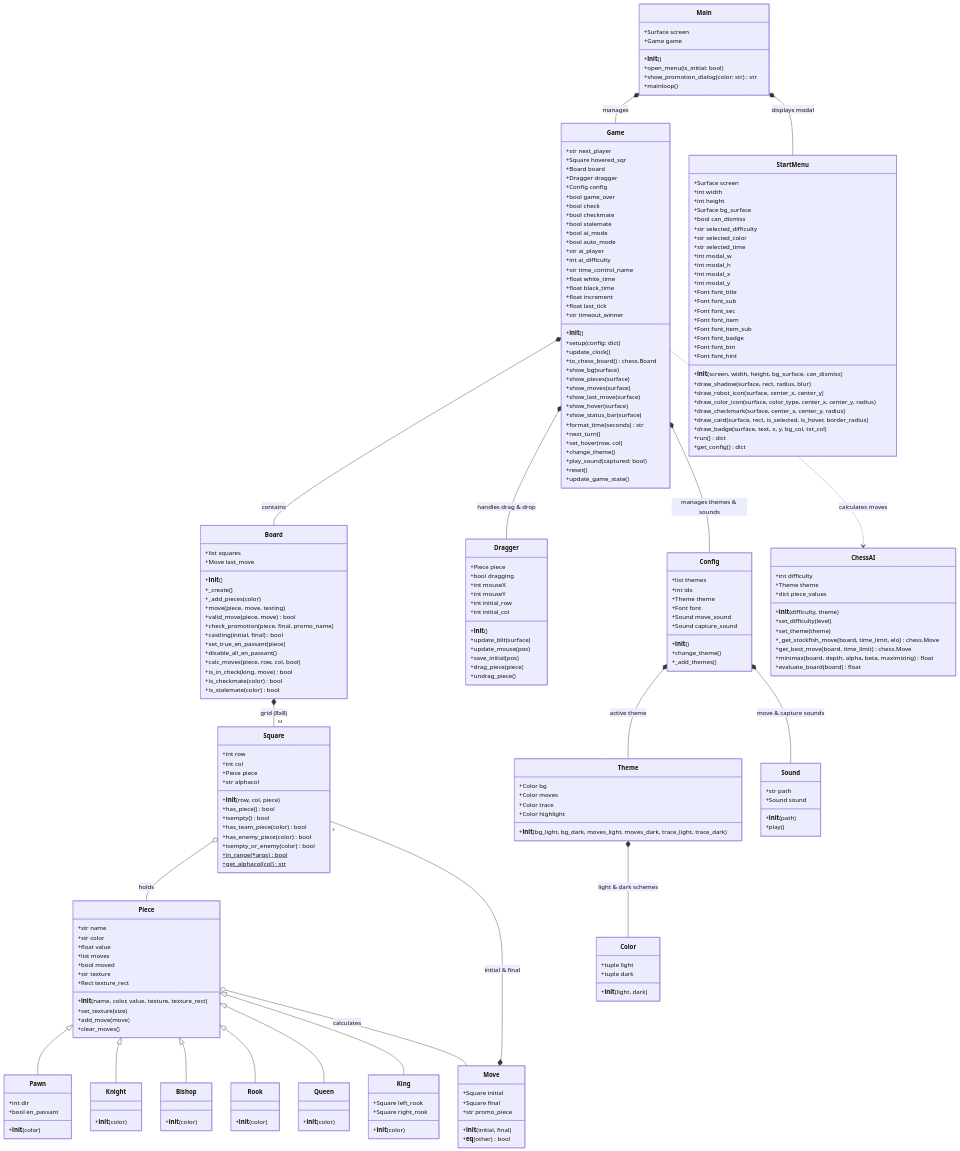
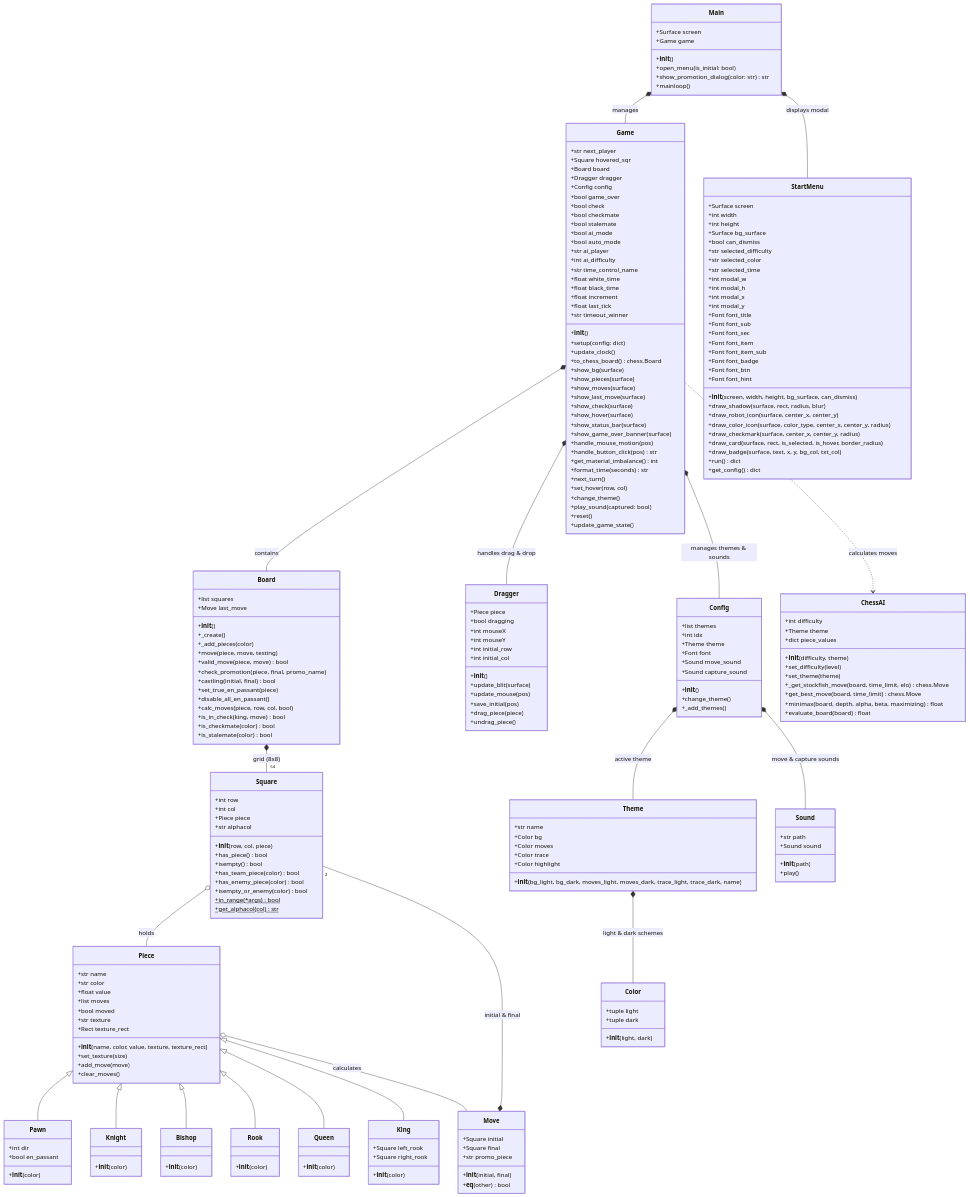
One commit to Rohitkumar-3103/Chess-AI changed the first of 2 diagrams in CLASS_DIAGRAM.md. Above: the diagram before and after it, drawn with Mermaid. The commit also changed 6 other files, not shown here.

```diff
--- a/CLASS_DIAGRAM.md
+++ b/CLASS_DIAGRAM.md
@@ -77,8 +77,13 @@
         +show_pieces(surface)
         +show_moves(surface)
         +show_last_move(surface)
+        +show_check(surface)
         +show_hover(surface)
         +show_status_bar(surface)
+        +show_game_over_banner(surface)
+        +handle_mouse_motion(pos)
+        +handle_button_click(pos) str
+        +get_material_imbalance() int
         +format_time(seconds) str
         +next_turn()
         +set_hover(row, col)
@@ -212,11 +217,12 @@
     }
 
     class Theme {
+        +str name
         +Color bg
         +Color moves
         +Color trace
         +Color highlight
-        +__init__(bg_light, bg_dark, moves_light, moves_dark, trace_light, trace_dark)
+        +__init__(bg_light, bg_dark, moves_light, moves_dark, trace_light, trace_dark, name)
     }
 
     class Color {
```
